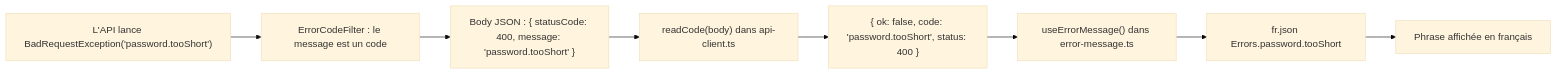
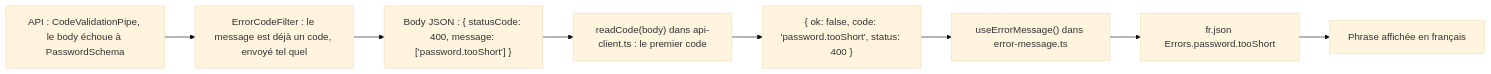
One commit to VictorBro/ft_transcendence changed the second of 4 diagrams in docs-fr/web/04-talking-to-the-api.md. Above: the diagram before and after it, drawn with Mermaid (base theme). The commit also changed other lines of this file and 85 other files, not shown here.

````diff
--- a/docs-fr/web/04-talking-to-the-api.md
+++ b/docs-fr/web/04-talking-to-the-api.md
@@ -128,10 +129,10 @@
 ```mermaid
 flowchart LR
-  A["L'API lance BadRequestException('password.tooShort')"] --> F["ErrorCodeFilter : le message est un code"]
-  F --> J["Body JSON : { statusCode: 400, message: 'password.tooShort' }"]
-  J --> R["readCode(body) dans api-client.ts"]
+  A["API : CodeValidationPipe, le body échoue à PasswordSchema"] --> F["ErrorCodeFilter : le message est déjà un code, envoyé tel quel"]
+  F --> J["Body JSON : { statusCode: 400, message: ['password.tooShort'] }"]
+  J --> R["readCode(body) dans api-client.ts : le premier code"]
   R --> RES["{ ok: false, code: 'password.tooShort', status: 400 }"]
   RES --> H["useErrorMessage() dans error-message.ts"]
   H --> T["fr.json Errors.password.tooShort"]
   T --> S["Phrase affichée en français"]
 ```
````
